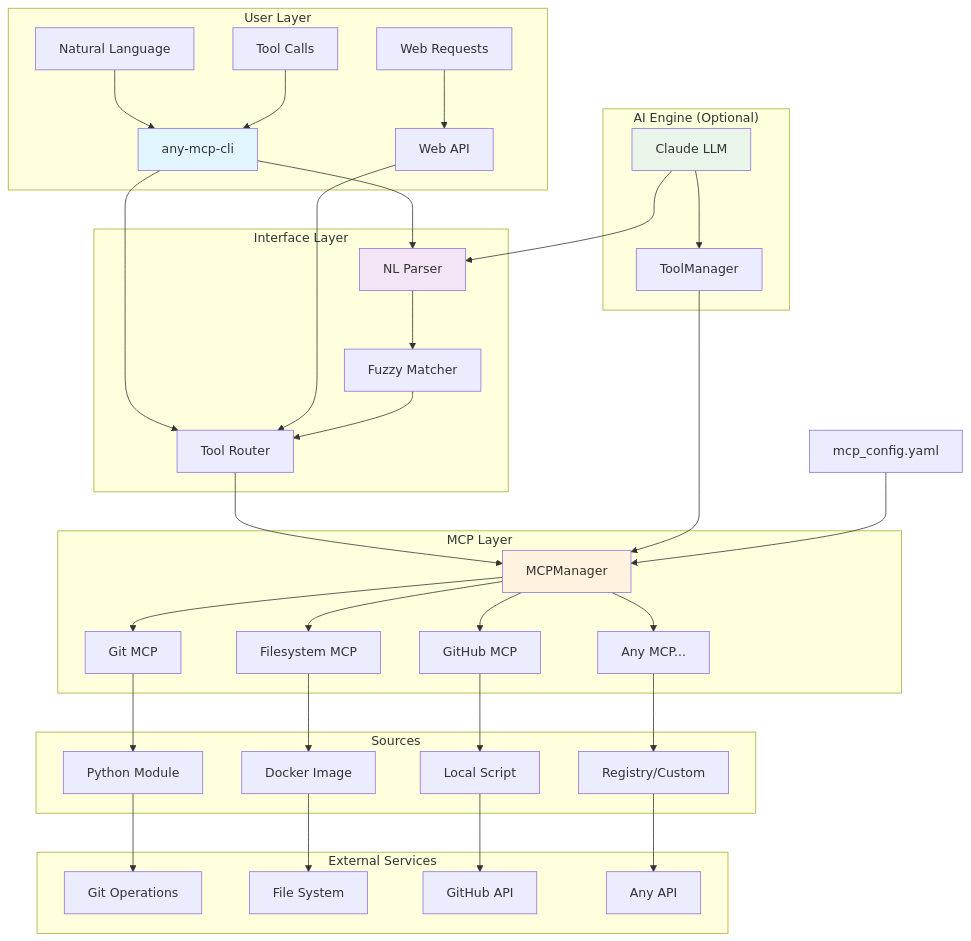
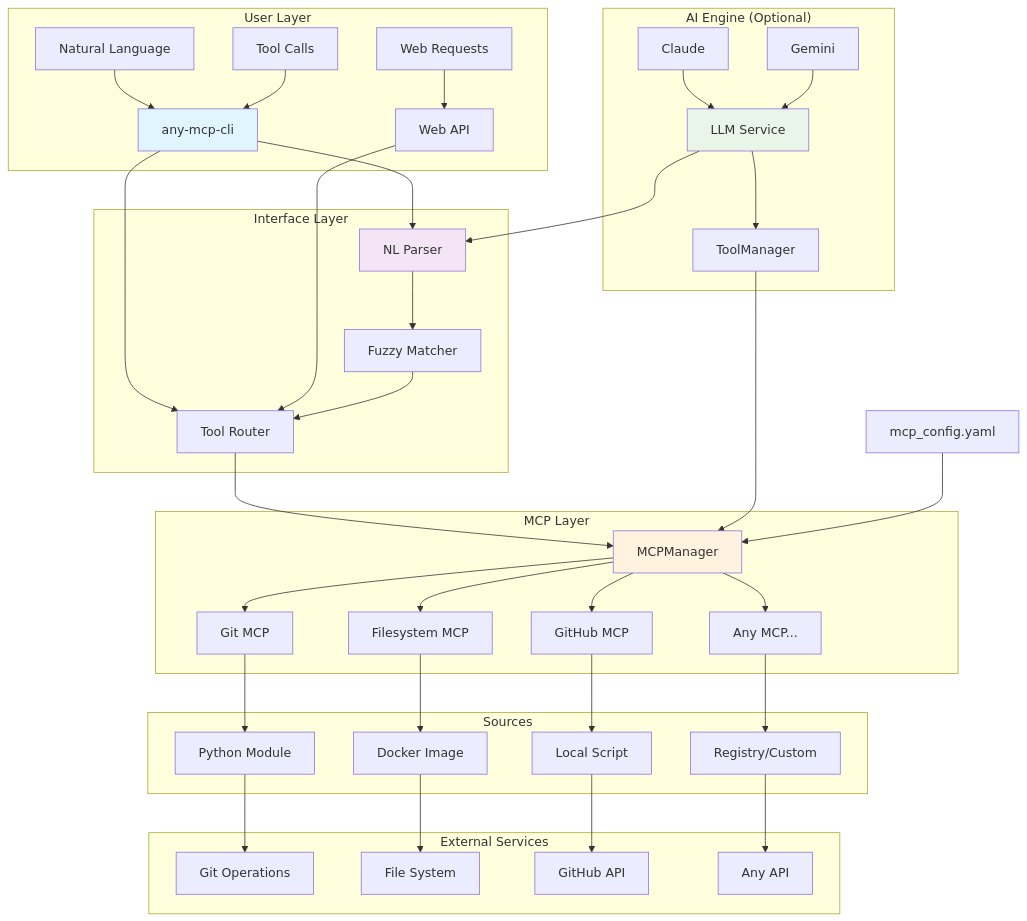
Before and after one commit to chi-n-nguyen/any-mcp: the diagram in README.md, drawn with Mermaid. The commit also changed other lines of this file, not shown here.

Commit message:
update architecture

````diff
--- a/README.md
+++ b/README.md
@@ -22,53 +22,55 @@
 ```mermaid
 graph TD
     subgraph "User Layer"
         A[Natural Language] --> B[any-mcp-cli]
         A2[Tool Calls] --> B
         A3[Web Requests] --> C[Web API]
     end
     
     subgraph "Interface Layer"
         B --> D[NL Parser]
         B --> E[Tool Router]
         C --> E
         D --> F[Fuzzy Matcher]
         F --> E
     end
     
     subgraph "AI Engine (Optional)"
-        G[Claude LLM] --> D
+        G[LLM Service] --> D
         G --> H[ToolManager]
+        G1[Claude] --> G
+        G2[Gemini] --> G
     end
     
     subgraph "MCP Layer"
         E --> I[MCPManager]
         H --> I
         I --> J[Git MCP]
         I --> K[Filesystem MCP]
         I --> L[GitHub MCP]
         I --> M[Any MCP...]
     end
     
     subgraph "Sources"
         J --> N[Python Module]
         K --> O[Docker Image]
         L --> P[Local Script]
         M --> Q[Registry/Custom]
     end
     
     subgraph "External Services"
         N --> R[Git Operations]
         O --> S[File System]
         P --> T[GitHub API]
         Q --> U[Any API]
     end
     
     %% Config
     V[mcp_config.yaml] --> I
     
     %% Styling
     style B fill:#e1f5fe
     style D fill:#f3e5f5
     style G fill:#e8f5e8
     style I fill:#fff3e0
 ```
````
